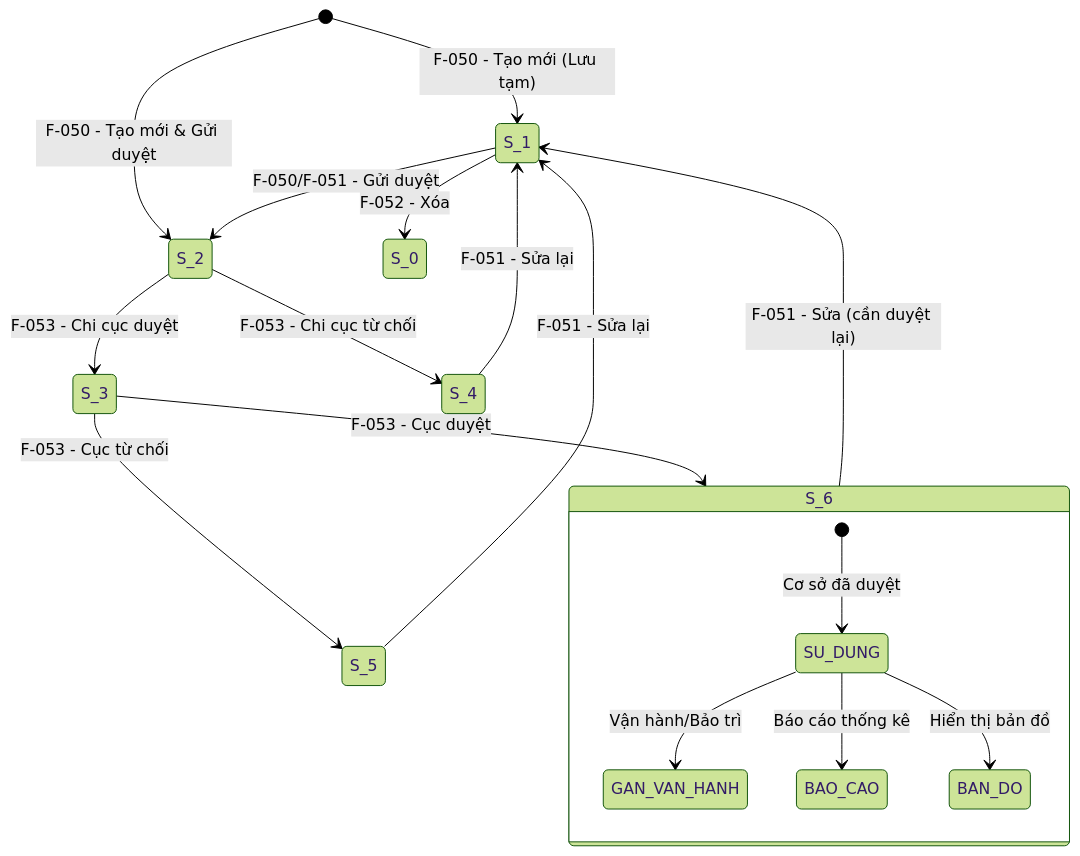
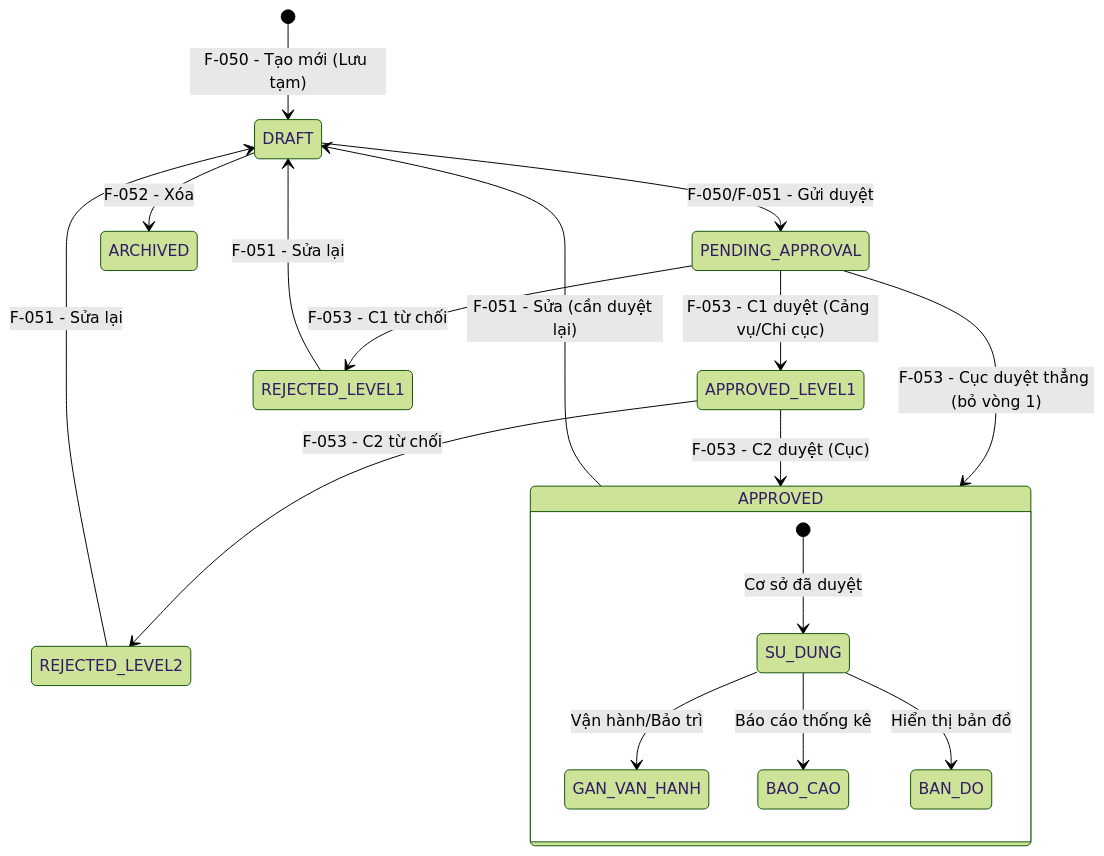
One commit to trangg21-bit/hang-hai-kchtgt changed the diagram in docs/modules/M-003-quan-ly-tai-san-kchtgt-khu-nuoc-vts/_features/F-054-xem-chi-tiet-co-so-sua-chua-dong-tau/feature-brief.md. Above: the diagram before and after it, drawn with Mermaid (forest theme). The commit also changed other lines of this file and 139 other files, not shown here.

````diff
--- a/docs/modules/M-003-quan-ly-tai-san-kchtgt-khu-nuoc-vts/_features/F-054-xem-chi-tiet-co-so-sua-chua-dong-tau/feature-brief.md
+++ b/docs/modules/M-003-quan-ly-tai-san-kchtgt-khu-nuoc-vts/_features/F-054-xem-chi-tiet-co-so-sua-chua-dong-tau/feature-brief.md
@@ -136,21 +174,21 @@
 ```mermaid
 stateDiagram-v2
-    [*] --> S_1: F-050 - Tạo mới (Lưu tạm)
-    [*] --> S_2: F-050 - Tạo mới & Gửi duyệt
-    S_1 --> S_2: F-050/F-051 - Gửi duyệt
-    S_2 --> S_3: F-053 - Chi cục duyệt
-    S_2 --> S_4: F-053 - Chi cục từ chối
-    S_3 --> S_6: F-053 - Cục duyệt
-    S_3 --> S_5: F-053 - Cục từ chối
-    S_4 --> S_1: F-051 - Sửa lại
-    S_5 --> S_1: F-051 - Sửa lại
-    S_6 --> S_1: F-051 - Sửa (cần duyệt lại)
-    S_1 --> S_0: F-052 - Xóa
+    [*] --> DRAFT: F-050 - Tạo mới (Lưu tạm)
+    DRAFT --> PENDING_APPROVAL: F-050/F-051 - Gửi duyệt
+    PENDING_APPROVAL --> APPROVED_LEVEL1: F-053 - C1 duyệt (Cảng vụ/Chi cục)
+    PENDING_APPROVAL --> APPROVED: F-053 - Cục duyệt thẳng (bỏ vòng 1)
+    PENDING_APPROVAL --> REJECTED_LEVEL1: F-053 - C1 từ chối
+    APPROVED_LEVEL1 --> APPROVED: F-053 - C2 duyệt (Cục)
+    APPROVED_LEVEL1 --> REJECTED_LEVEL2: F-053 - C2 từ chối
+    REJECTED_LEVEL1 --> DRAFT: F-051 - Sửa lại
+    REJECTED_LEVEL2 --> DRAFT: F-051 - Sửa lại
+    APPROVED --> DRAFT: F-051 - Sửa (cần duyệt lại)
+    DRAFT --> ARCHIVED: F-052 - Xóa
 
-    state S_6 {
+    state APPROVED {
         [*] --> SU_DUNG: Cơ sở đã duyệt
         SU_DUNG --> GAN_VAN_HANH: Vận hành/Bảo trì
         SU_DUNG --> BAO_CAO: Báo cáo thống kê
         SU_DUNG --> BAN_DO: Hiển thị bản đồ
     }
 ```
````
